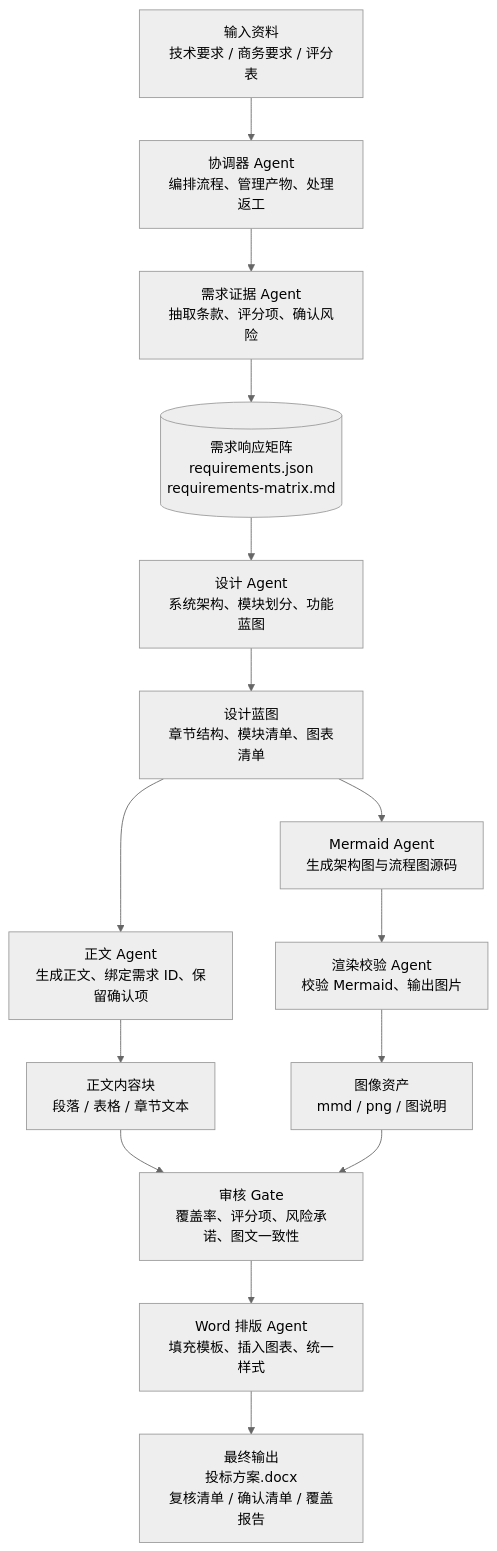
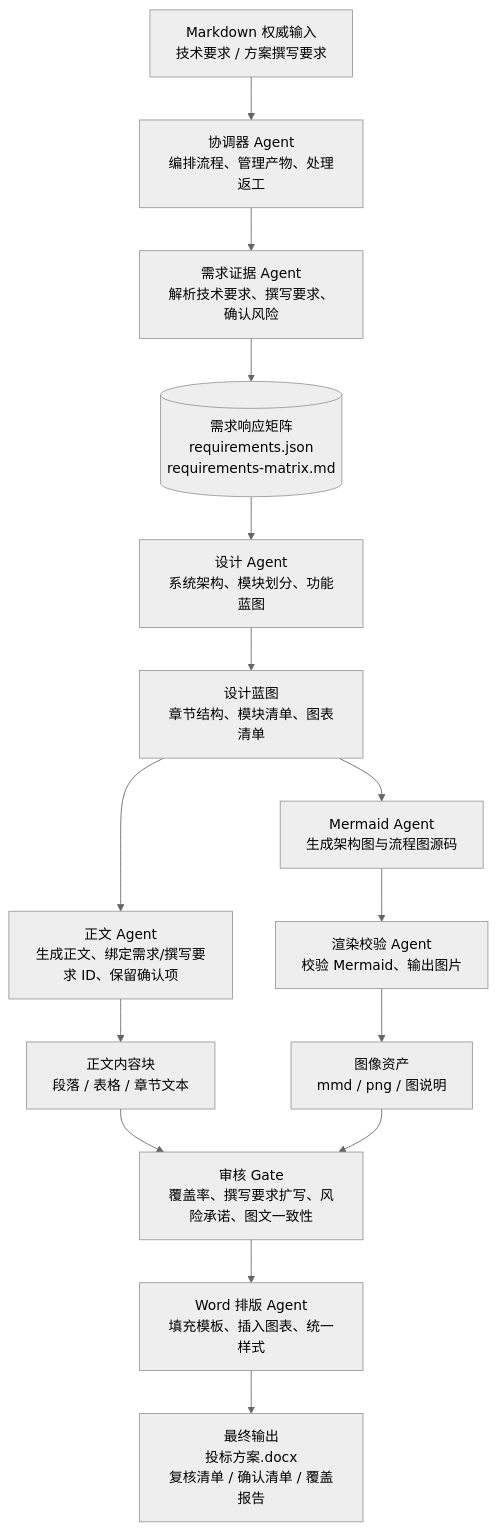
The diagram in docs/agent-system-design.md (ZzGallagher/bid-solution-writer), drawn with Mermaid (neutral theme) before and after one commit. The commit also changed other lines of this file and 1126 other files, not shown here.

````diff
--- a/docs/agent-system-design.md
+++ b/docs/agent-system-design.md
@@ -24,27 +24,27 @@
 ```mermaid
 flowchart TB
-    A["输入资料<br/>技术要求 / 商务要求 / 评分表"]
+    A["Markdown 权威输入<br/>技术要求 / 方案撰写要求"]
     B["协调器 Agent<br/>编排流程、管理产物、处理返工"]
 
-    C["需求证据 Agent<br/>抽取条款、评分项、确认风险"]
+    C["需求证据 Agent<br/>解析技术要求、撰写要求、确认风险"]
     D[("需求响应矩阵<br/>requirements.json<br/>requirements-matrix.md")]
 
     E["设计 Agent<br/>系统架构、模块划分、功能蓝图"]
     F["设计蓝图<br/>章节结构、模块清单、图表清单"]
 
-    G["正文 Agent<br/>生成正文、绑定需求 ID、保留确认项"]
+    G["正文 Agent<br/>生成正文、绑定需求/撰写要求 ID、保留确认项"]
     H["正文内容块<br/>段落 / 表格 / 章节文本"]
 
     I["Mermaid Agent<br/>生成架构图与流程图源码"]
     J["渲染校验 Agent<br/>校验 Mermaid、输出图片"]
     K["图像资产<br/>mmd / png / 图说明"]
 
-    L["审核 Gate<br/>覆盖率、评分项、风险承诺、图文一致性"]
+    L["审核 Gate<br/>覆盖率、撰写要求扩写、风险承诺、图文一致性"]
     M["Word 排版 Agent<br/>填充模板、插入图表、统一样式"]
     N["最终输出<br/>投标方案.docx<br/>复核清单 / 确认清单 / 覆盖报告"]
 
     A --> B --> C --> D --> E --> F
     F --> G --> H --> L
     F --> I --> J --> K --> L
     L --> M --> N
 ```
````
